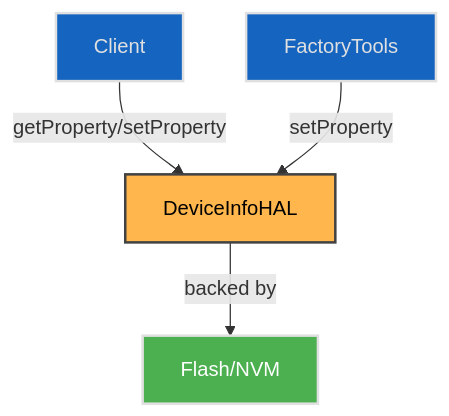
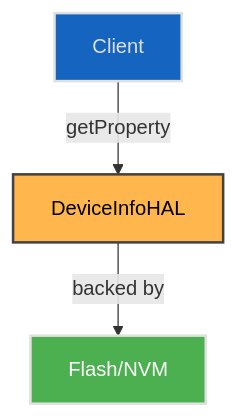
Before and after one commit to rdkcentral/rdk-halif-aidl: the diagram in docs/halif/device_info/current/device_info.md, drawn with Mermaid. The commit also changed other lines of this file and 2 other files, not shown here.

````diff
--- a/docs/halif/device_info/current/device_info.md
+++ b/docs/halif/device_info/current/device_info.md
@@ -87,19 +79,16 @@
 ```mermaid
 flowchart TD
-  Client -->|getProperty/setProperty| DeviceInfoHAL
+  Client -->|getProperty| DeviceInfoHAL
   DeviceInfoHAL -->|backed by| NVM[Flash/NVM]
-
-  FactoryTools -->|setProperty| DeviceInfoHAL
 
   classDef background fill:#121212,stroke:none,color:#E0E0E0;
   classDef blue fill:#1565C0,stroke:#E0E0E0,stroke-width:2px,color:#E0E0E0;
   classDef lightGrey fill:#616161,stroke:#E0E0E0,stroke-width:2px,color:#FFFFFF;
   classDef wheat fill:#FFB74D,stroke:#424242,stroke-width:2px,color:#000000;
   classDef green fill:#4CAF50,stroke:#E0E0E0,stroke-width:2px,color:#FFFFFF;
   classDef default fill:#1E1E1E,stroke:#E0E0E0,stroke-width:1px,color:#E0E0E0;
 
   Client:::blue
-  FactoryTools:::blue
   DeviceInfoHAL:::wheat
   NVM:::green
 ```
````
